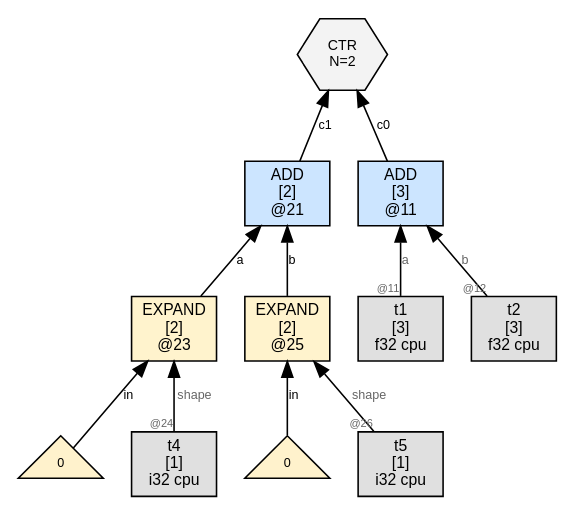
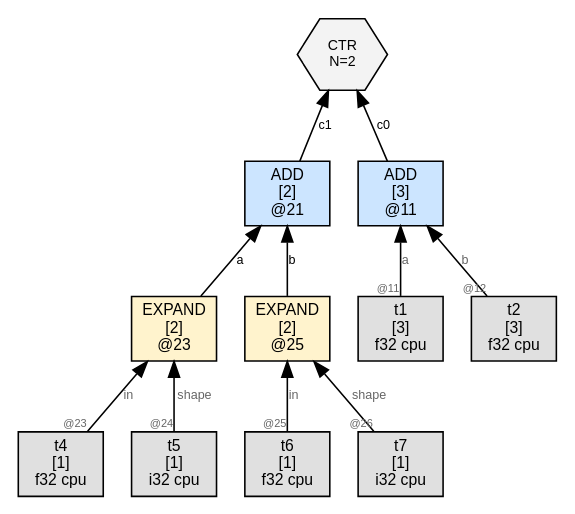
The diagram in wl/examples/thvm_graphs/grad_rules/gradu_shape_target_diff/thvm_1_post_reduce.dot (sw1sh/TinyHVM), drawn with Graphviz before and after one commit. The commit also changed 163 other files, not shown here.

First line of the commit message:
grad: GRAD2 leaf emits shape-[1] TEN instead of raw NUM

```diff
--- a/wl/examples/thvm_graphs/grad_rules/gradu_shape_target_diff/thvm_1_post_reduce.dot
+++ b/wl/examples/thvm_graphs/grad_rules/gradu_shape_target_diff/thvm_1_post_reduce.dot
@@ -1,27 +1,27 @@
 digraph G {
   rankdir=BT;
   node [fontname="Helvetica", fontsize=10, style=filled, shape=box, margin="0.1,0.05"];
   edge [fontsize=8, fontname="Helvetica"];
 
   n11 [label="ADD\n[3]\n@11", shape=box, fillcolor="#cce5ff"];
   t1 [label="t1\n[3]\nf32 cpu",shape=box,fillcolor="#e0e0e0"];
   t1 -> n11 [label="a",taillabel="@11",labelfontsize=7,fontcolor="#666666"];
   t2 [label="t2\n[3]\nf32 cpu",shape=box,fillcolor="#e0e0e0"];
   t2 -> n11 [label="b",taillabel="@12",labelfontsize=7,fontcolor="#666666"];
   n21 [label="ADD\n[2]\n@21", shape=box, fillcolor="#cce5ff"];
   n23 -> n21 [label="a"];
   n25 -> n21 [label="b"];
   ctr8 [label="CTR\nN=2", shape=hexagon, fillcolor="#f3f3f3", fontsize=9];
   n11 -> ctr8 [label="c0"];
   n21 -> ctr8 [label="c1"];
   n23 [label="EXPAND\n[2]\n@23", shape=box, fillcolor="#fff3cd"];
-  num23_0 [label="0",shape=triangle,fillcolor="#fff2cc",fontsize=8];
-  num23_0 -> n23 [label="in"];
-  t4 [label="t4\n[1]\ni32 cpu",shape=box,fillcolor="#e0e0e0"];
-  t4 -> n23 [label="shape",taillabel="@24",labelfontsize=7,fontcolor="#666666"];
+  t4 [label="t4\n[1]\nf32 cpu",shape=box,fillcolor="#e0e0e0"];
+  t4 -> n23 [label="in",taillabel="@23",labelfontsize=7,fontcolor="#666666"];
+  t5 [label="t5\n[1]\ni32 cpu",shape=box,fillcolor="#e0e0e0"];
+  t5 -> n23 [label="shape",taillabel="@24",labelfontsize=7,fontcolor="#666666"];
   n25 [label="EXPAND\n[2]\n@25", shape=box, fillcolor="#fff3cd"];
-  num25_0 [label="0",shape=triangle,fillcolor="#fff2cc",fontsize=8];
-  num25_0 -> n25 [label="in"];
-  t5 [label="t5\n[1]\ni32 cpu",shape=box,fillcolor="#e0e0e0"];
-  t5 -> n25 [label="shape",taillabel="@26",labelfontsize=7,fontcolor="#666666"];
+  t6 [label="t6\n[1]\nf32 cpu",shape=box,fillcolor="#e0e0e0"];
+  t6 -> n25 [label="in",taillabel="@25",labelfontsize=7,fontcolor="#666666"];
+  t7 [label="t7\n[1]\ni32 cpu",shape=box,fillcolor="#e0e0e0"];
+  t7 -> n25 [label="shape",taillabel="@26",labelfontsize=7,fontcolor="#666666"];
 }
```
